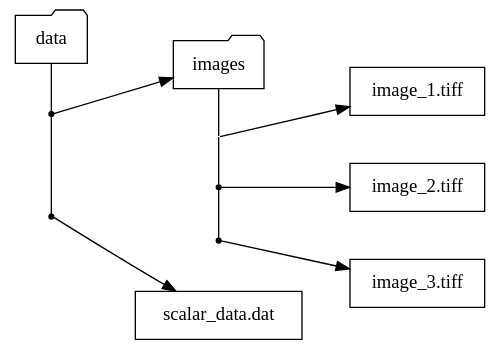
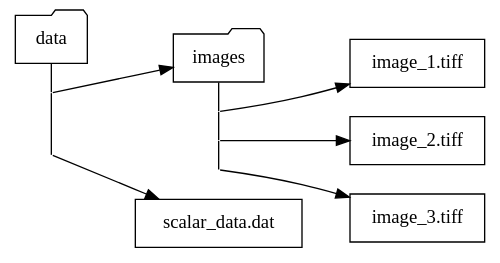
Before and after one commit to eugenwintersberger/pni-libraries.libpniio: the diagram in doc/ug/pics/old_fstree.dot, drawn with Graphviz. The commit also changed 2 other files, not shown here.

```diff
--- a/doc/ug/pics/old_fstree.dot
+++ b/doc/ug/pics/old_fstree.dot
@@ -1,35 +1,35 @@
 digraph tree {
     rankdir=LR;
-    nodesep=0.5;
+    nodesep=0.3
     fixedsize=true;
     
     DATA     [label="data",shape="folder"];
-    IMAGE_POINT [ shape = "point"];
+    IMAGE_POINT [ shape = "point",width=0,height=0,concentrate=true];
     IMAGEDIR [label="images",shape="folder"];
 
     IFILE1_POINT [shape=point,width=0,height=0,concentrate=true];
     IMFILE1 [ label="image_1.tiff",shape="box"];
-    IFILE2_POINT [shape=point];
+    IFILE2_POINT [shape=point,width=0,height=0,concentrate=true];
     IMFILE2 [ label="image_2.tiff",shape="box"];
-    IFILE3_POINT [shape=point];
+    IFILE3_POINT [shape=point,width=0,height=0,concentrate=true];
     IMFILE3 [ label="image_3.tiff",shape="box"];
 
     AFILE [label = "scalar_data.dat",shape="box"];
-    AFILE_POINT [shape="point"];
+    AFILE_POINT [shape="point",width=0,height=0,concentrate=true];
 
     IMAGE_POINT->IMAGEDIR;
     AFILE_POINT->AFILE;
 
     {
         rank = same;
         DATA->IMAGE_POINT->AFILE_POINT[arrowhead=none];
     }
 
     IFILE1_POINT->IMFILE1; IFILE2_POINT->IMFILE2;
     IFILE3_POINT->IMFILE3;
 
     {
         rank = same;
         IMAGEDIR->IFILE1_POINT->IFILE2_POINT->IFILE3_POINT[arrowhead=none];
     }
 }
```
